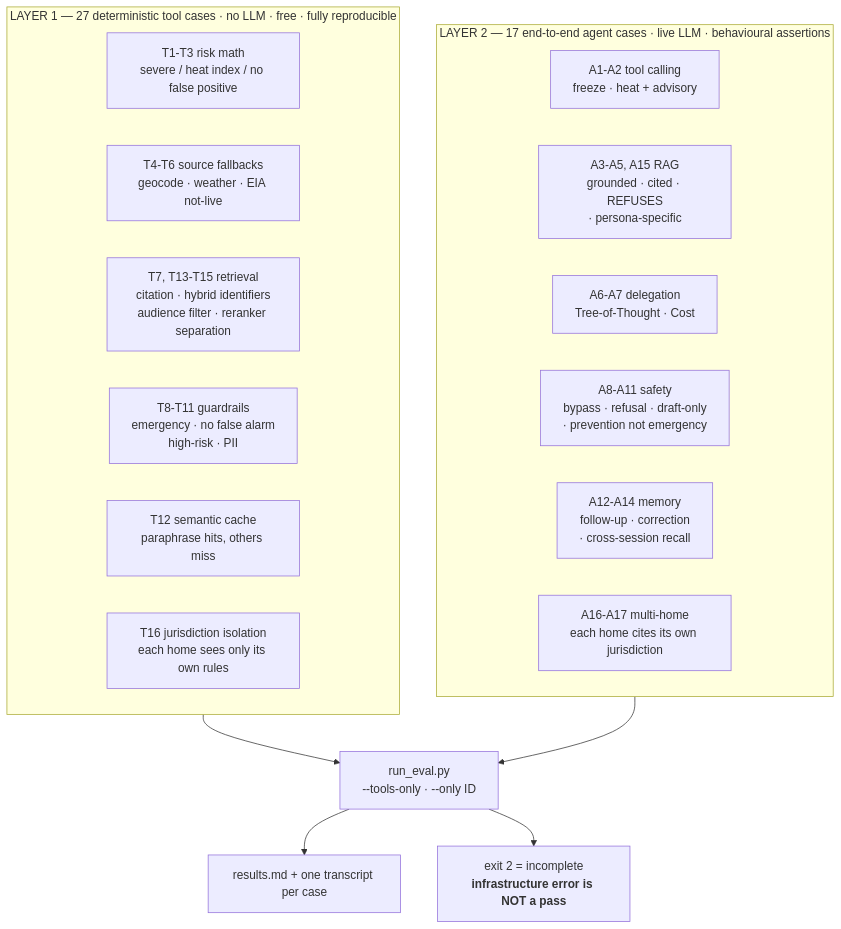
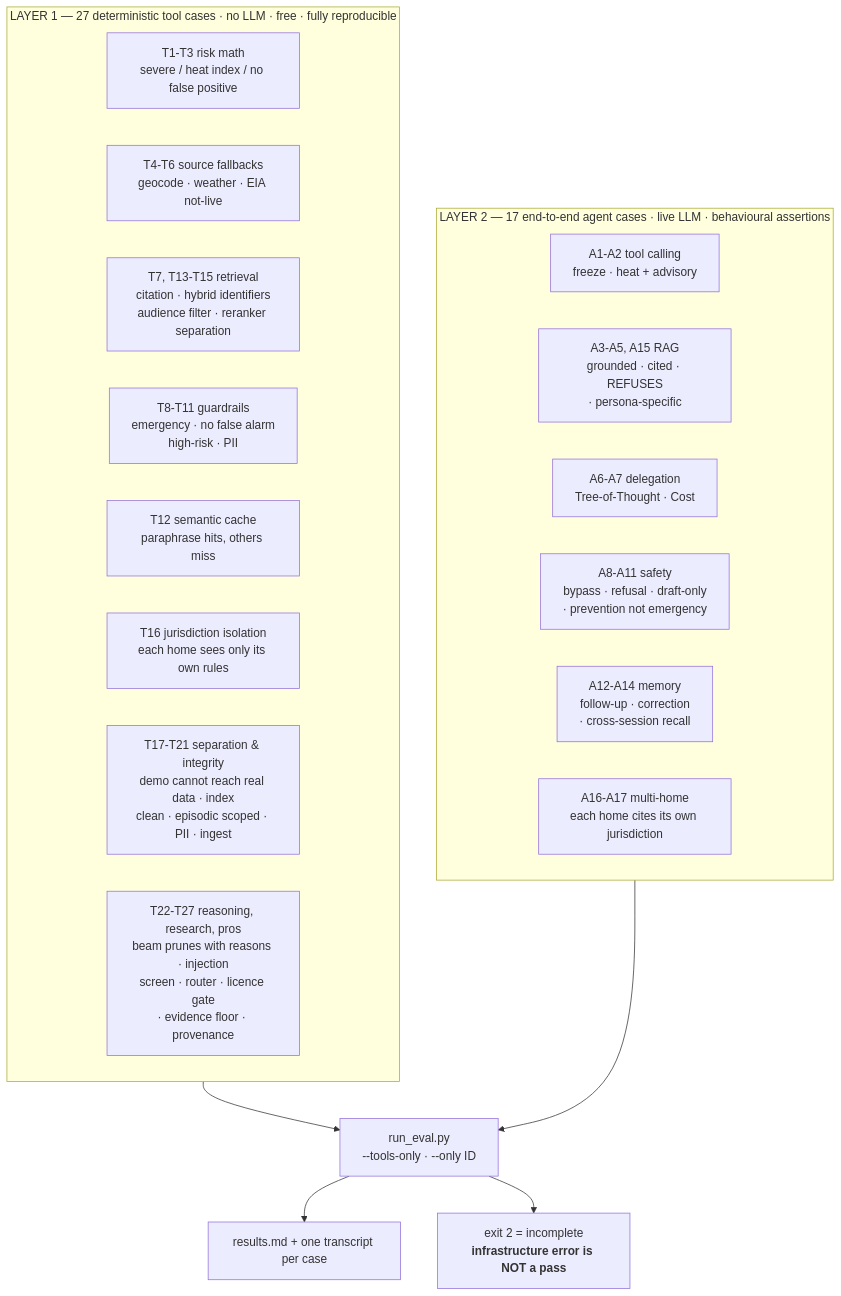
One commit to kkaladi31/smart-home-forecaster-public-demo changed diagram 15 of 15 in docs/architecture-review.md. Above: the diagram before and after it, drawn with Mermaid. The commit also changed other lines of this file and 2 other files, not shown here.

````diff
--- a/docs/architecture-review.md
+++ b/docs/architecture-review.md
@@ -1635,27 +1686,29 @@
 ```mermaid
 flowchart TB
   subgraph L1["LAYER 1 — 27 deterministic tool cases · no LLM · free · fully reproducible"]
     direction LR
     D1["T1-T3 risk math<br/>severe / heat index / no false positive"]
     D2["T4-T6 source fallbacks<br/>geocode · weather · EIA not-live"]
     D3["T7, T13-T15 retrieval<br/>citation · hybrid identifiers<br/>audience filter · reranker separation"]
     D4["T8-T11 guardrails<br/>emergency · no false alarm<br/>high-risk · PII"]
     D5["T12 semantic cache<br/>paraphrase hits, others miss"]
     D6["T16 jurisdiction isolation<br/>each home sees only its own rules"]
+    D7["T17-T21 separation & integrity<br/>demo cannot reach real data · index<br/>clean · episodic scoped · PII · ingest"]
+    D8["T22-T27 reasoning, research, pros<br/>beam prunes with reasons · injection<br/>screen · router · licence gate<br/>· evidence floor · provenance"]
   end
 
   subgraph L2["LAYER 2 — 17 end-to-end agent cases · live LLM · behavioural assertions"]
     direction LR
     A1["A1-A2 tool calling<br/>freeze · heat + advisory"]
     A2["A3-A5, A15 RAG<br/>grounded · cited · REFUSES<br/>· persona-specific"]
     A3["A6-A7 delegation<br/>Tree-of-Thought · Cost"]
     A4["A8-A11 safety<br/>bypass · refusal · draft-only<br/>· prevention not emergency"]
     A5["A12-A14 memory<br/>follow-up · correction<br/>· cross-session recall"]
     A6["A16-A17 multi-home<br/>each home cites its own jurisdiction"]
   end
 
   L1 --> RUN["run_eval.py<br/>--tools-only · --only ID"]
   L2 --> RUN
   RUN --> OUT["results.md + one transcript per case"]
   RUN --> EXIT["exit 2 = incomplete<br/><b>infrastructure error is NOT a pass</b>"]
 ```
````
